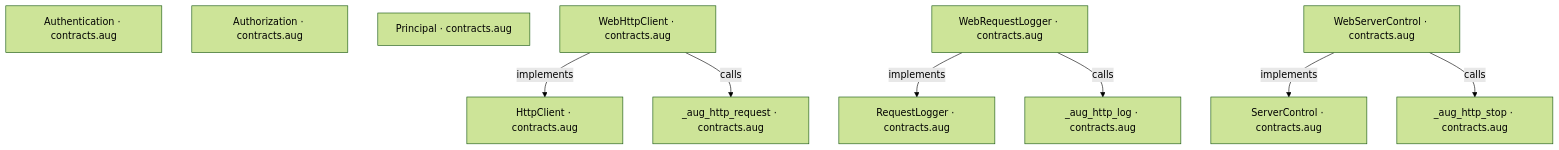
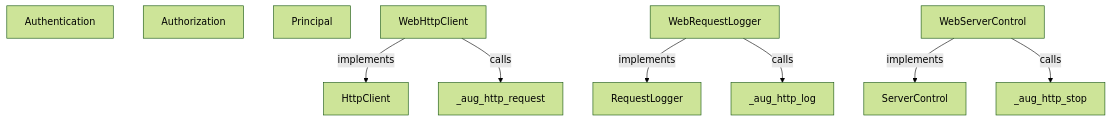
The first of 8 diagrams in src/stdlib/web/contracts.aug.diagrams.md (GreenPandaStudios/augscript), drawn with Mermaid (forest theme) before and after one commit. The commit also changed other lines of this file and 524 other files, not shown here.

Commit message:
Explain checked data flow at folder and service levels

````diff
--- a/src/stdlib/web/contracts.aug.diagrams.md
+++ b/src/stdlib/web/contracts.aug.diagrams.md
@@ -9,21 +9,21 @@
 ```mermaid
 flowchart TD
-    n0["Authentication · contracts.aug"]
-    n1["Authorization · contracts.aug"]
-    n2["HttpClient · contracts.aug"]
-    n3["Principal · contracts.aug"]
-    n4["RequestLogger · contracts.aug"]
-    n5["ServerControl · contracts.aug"]
-    n6["WebHttpClient · contracts.aug"]
-    n7["WebRequestLogger · contracts.aug"]
-    n8["WebServerControl · contracts.aug"]
-    n9["_aug_http_log · contracts.aug"]
-    n10["_aug_http_request · contracts.aug"]
-    n11["_aug_http_stop · contracts.aug"]
+    n0["Authentication"]
+    n1["Authorization"]
+    n2["HttpClient"]
+    n3["Principal"]
+    n4["RequestLogger"]
+    n5["ServerControl"]
+    n6["WebHttpClient"]
+    n7["WebRequestLogger"]
+    n8["WebServerControl"]
+    n9["_aug_http_log"]
+    n10["_aug_http_request"]
+    n11["_aug_http_stop"]
     n6 -->|"implements"| n2
     n6 -->|"calls"| n10
     n7 -->|"implements"| n4
     n7 -->|"calls"| n9
     n8 -->|"implements"| n5
     n8 -->|"calls"| n11
 ```
````
